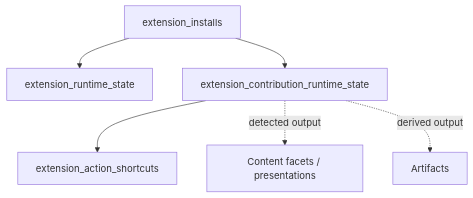
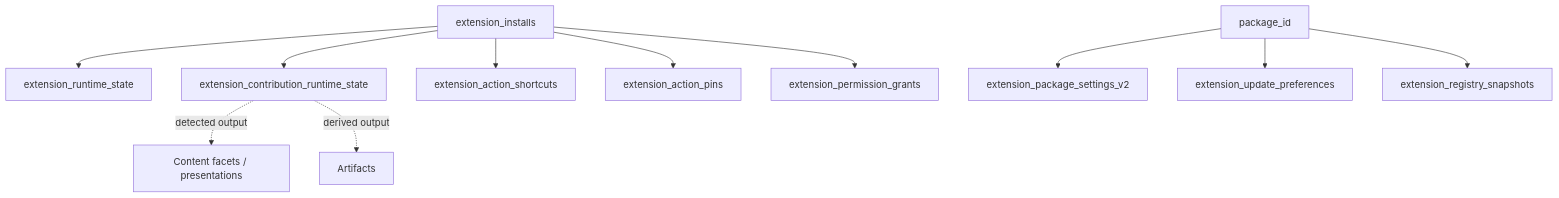
Before and after one commit to azure06/clipsx: the ninth of 9 diagrams in docs/MODELS.md, drawn with Mermaid. The commit also changed other lines of this file and 8 other files, not shown here.

Commit message:
docs: consolidate semantic search architecture

````diff
--- a/docs/MODELS.md
+++ b/docs/MODELS.md
@@ -186,8 +208,13 @@
 ```mermaid
 flowchart TB
     I[extension_installs] --> R[extension_runtime_state]
     I --> C[extension_contribution_runtime_state]
-    C --> S[extension_action_shortcuts]
+    I --> S[extension_action_shortcuts]
+    I --> P[extension_action_pins]
+    I --> G[extension_permission_grants]
+    M[package_id] --> V[extension_package_settings_v2]
+    M --> U[extension_update_preferences]
+    M --> N[extension_registry_snapshots]
     C -. detected output .-> F[Content facets / presentations]
     C -. derived output .-> A[Artifacts]
 ```
````
